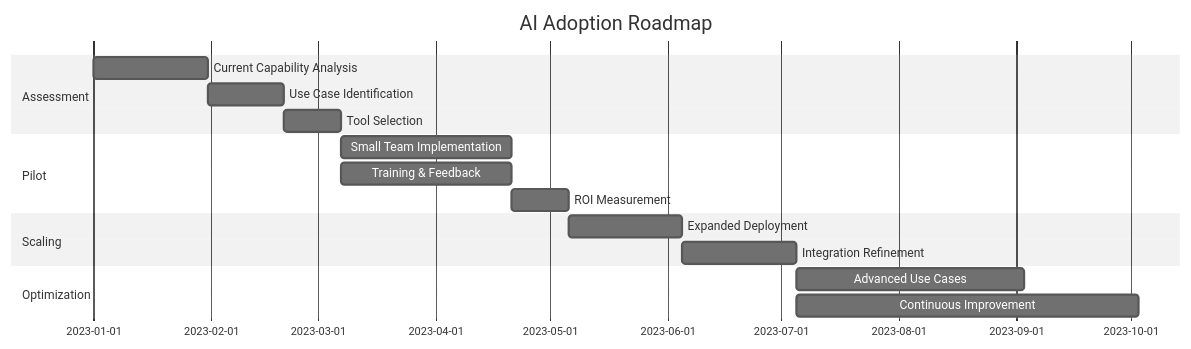
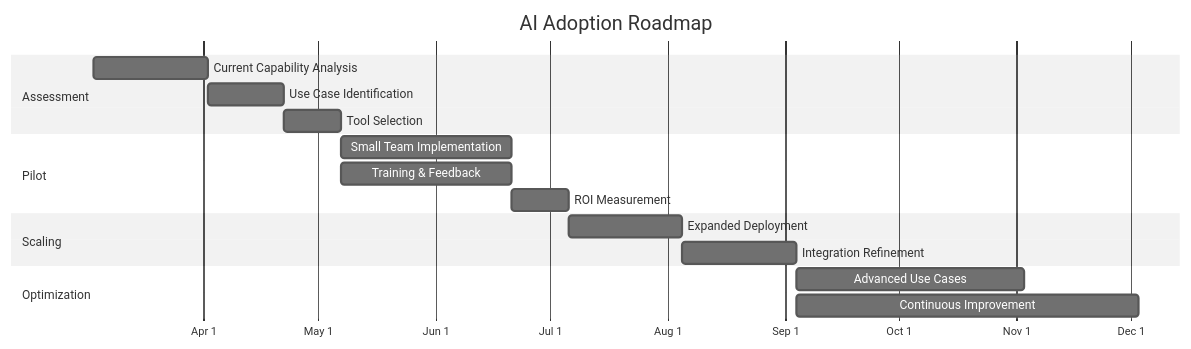
The seventh of 13 diagrams in docs/gen-ai/ai-driven-software-development.md (kranthiB/tech-pulse), drawn with Mermaid (neutral theme) before and after one commit. The commit also changed other lines of this file, not shown here.

Commit message:
Fixed mermaid issues

````diff
--- a/docs/gen-ai/ai-driven-software-development.md
+++ b/docs/gen-ai/ai-driven-software-development.md
@@ -263,19 +263,24 @@
 ```mermaid
 gantt
     title AI Adoption Roadmap
     dateFormat  YYYY-MM-DD
+    axisFormat %b %e
+    
     section Assessment
-    Current Capability Analysis       :a1, 2023-01-01, 30d
+    Current Capability Analysis       :a1, 2025-03-03, 30d
     Use Case Identification          :a2, after a1, 20d
     Tool Selection                   :a3, after a2, 15d
+    
     section Pilot
     Small Team Implementation        :p1, after a3, 45d
     Training & Feedback              :p2, after a3, 45d
     ROI Measurement                  :p3, after p1, 15d
+    
     section Scaling
     Expanded Deployment              :s1, after p3, 30d
     Integration Refinement           :s2, after s1, 30d
+    
     section Optimization
     Advanced Use Cases               :o1, after s2, 60d
     Continuous Improvement           :o2, after s2, 90d
 ```
````
